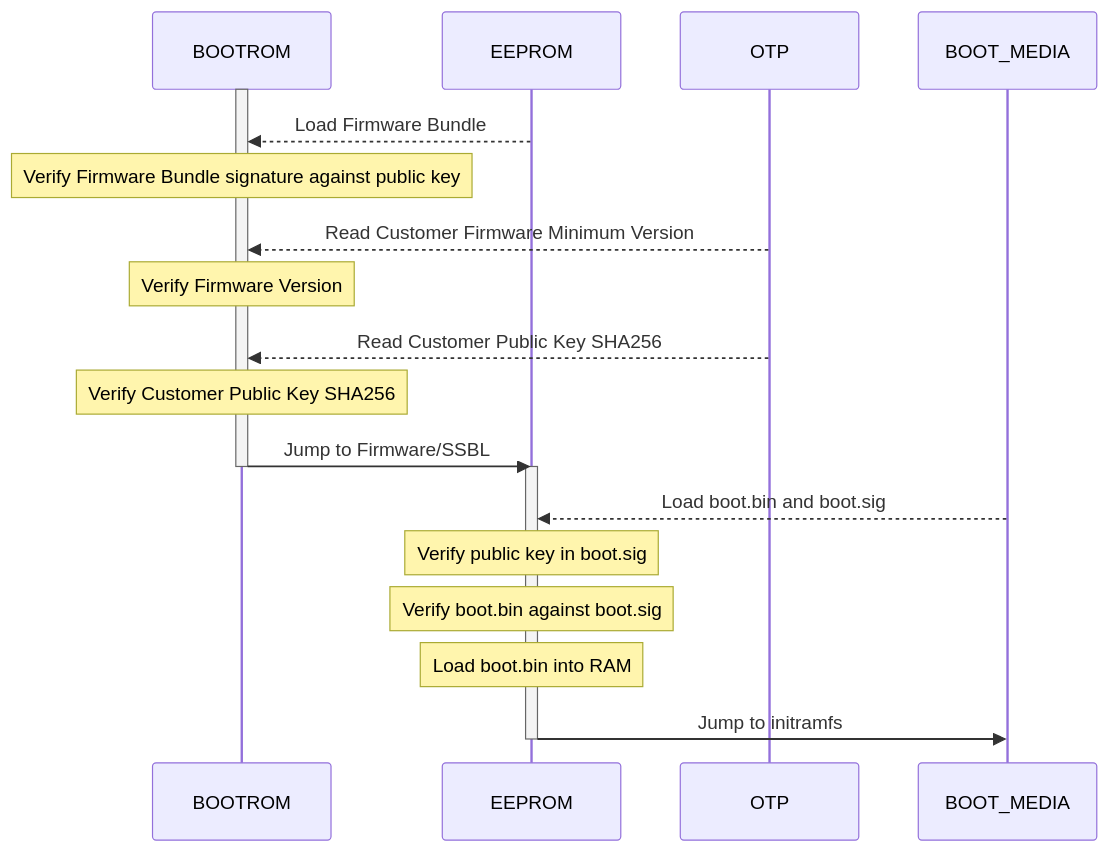
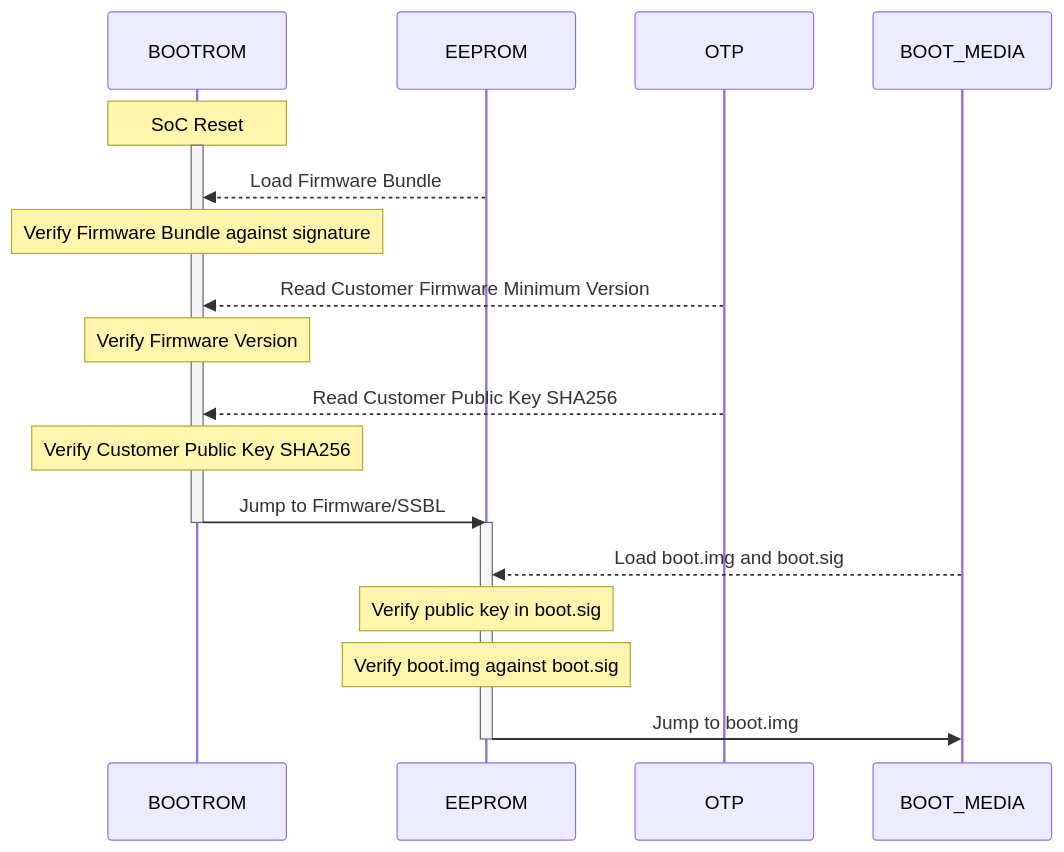
The diagram in README.md (ams-tech/nixos-rpi5-secure-boot), drawn with Mermaid before and after one commit.

Commit message:
tweak sequence diagram

````diff
--- a/README.md
+++ b/README.md
@@ -23,27 +23,27 @@
 ```mermaid
 sequenceDiagram
     create participant BOOTROM
+    Note Over BOOTROM: SoC Reset
     activate BOOTROM
 
     EEPROM-->>BOOTROM: Load Firmware Bundle
-    Note Over BOOTROM: Verify Firmware Bundle signature against public key
+    Note Over BOOTROM: Verify Firmware Bundle against signature
 
     OTP-->>BOOTROM: Read Customer Firmware Minimum Version
     Note Over BOOTROM: Verify Firmware Version
 
     OTP-->>BOOTROM: Read Customer Public Key SHA256
     Note Over BOOTROM: Verify Customer Public Key SHA256
 
     BOOTROM->>EEPROM: Jump to Firmware/SSBL
     deactivate BOOTROM
     activate EEPROM
     
 
-    BOOT_MEDIA-->>EEPROM: Load boot.bin and boot.sig
+    BOOT_MEDIA-->>EEPROM: Load boot.img and boot.sig
     Note over EEPROM: Verify public key in boot.sig
-    Note over EEPROM: Verify boot.bin against boot.sig
-    Note over EEPROM: Load boot.bin into RAM
-    EEPROM->>BOOT_MEDIA: Jump to initramfs
+    Note over EEPROM: Verify boot.img against boot.sig
+    EEPROM->>BOOT_MEDIA: Jump to boot.img
     deactivate EEPROM
 
 ```
````
